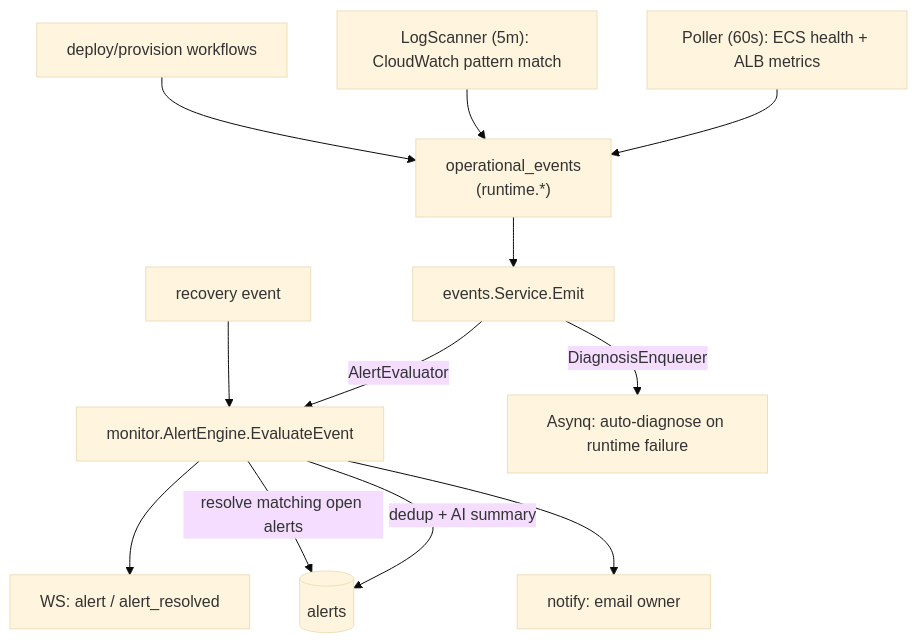
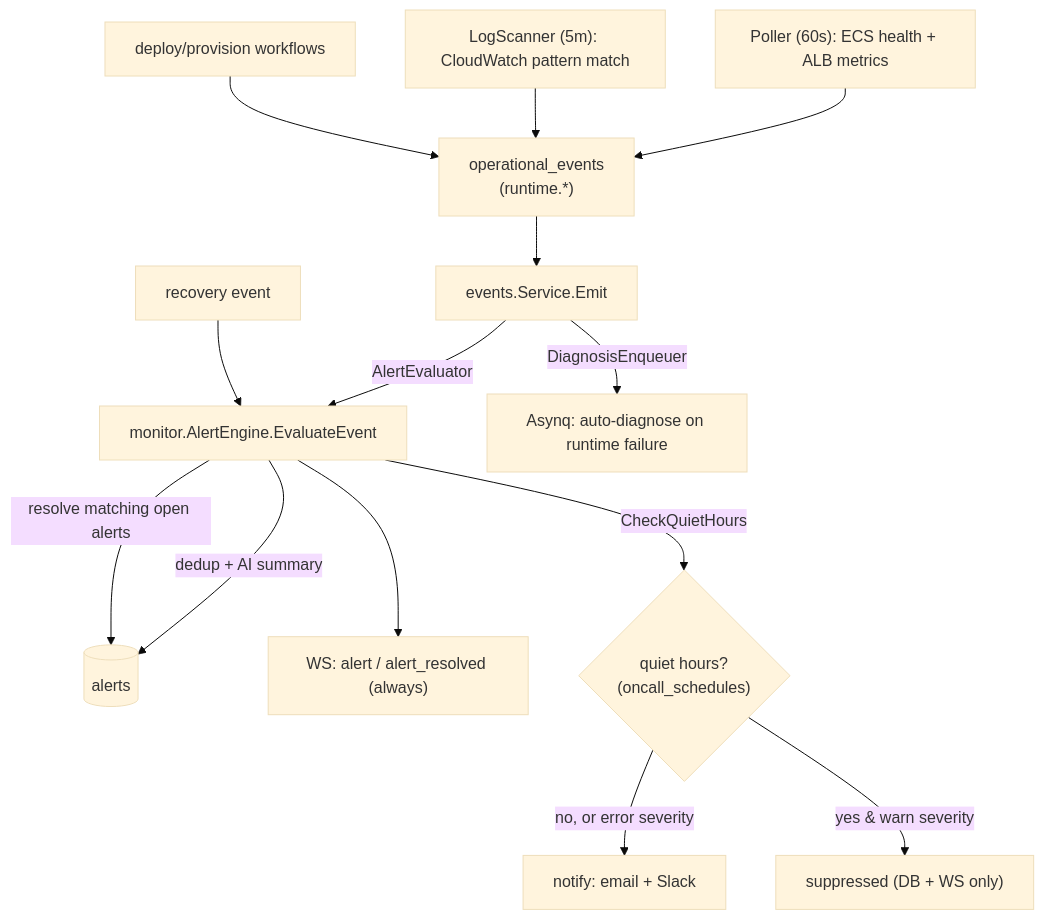
The ninth of 12 diagrams in docs/ai-context/ARCHITECTURE.md (ashborntechnologies-web/OpsPilot), drawn with Mermaid (base theme) before and after one commit. The commit also changed other lines of this file and 15 other files, not shown here.

First line of the commit message:
feat: AI on-call layer — quiet hours, risk card, mobile alerts reach

````diff
--- a/docs/ai-context/ARCHITECTURE.md
+++ b/docs/ai-context/ARCHITECTURE.md
@@ -375,14 +375,16 @@
 ```mermaid
 graph TB
   POLL["Poller (60s): ECS health + ALB metrics"] --> EVT["operational_events<br/>(runtime.*)"]
   SCAN["LogScanner (5m): CloudWatch pattern match"] --> EVT
   DEPLOY["deploy/provision workflows"] --> EVT
   EVT --> EVSVC["events.Service.Emit"]
   EVSVC -->|AlertEvaluator| AE["monitor.AlertEngine.EvaluateEvent"]
   EVSVC -->|DiagnosisEnqueuer| Q["Asynq: auto-diagnose on runtime failure"]
   AE -->|dedup + AI summary| ALERTS[(alerts)]
-  AE --> WSB["WS: alert / alert_resolved"]
-  AE --> EMAIL["notify: email owner"]
+  AE --> WSB["WS: alert / alert_resolved (always)"]
+  AE -->|CheckQuietHours| QH{"quiet hours?\n(oncall_schedules)"}
+  QH -->|no, or error severity| EMAIL["notify: email + Slack"]
+  QH -->|yes & warn severity| SUPPRESS["suppressed (DB + WS only)"]
   REC["recovery event"] --> AE
   AE -->|resolve matching open alerts| ALERTS
 ```
````
